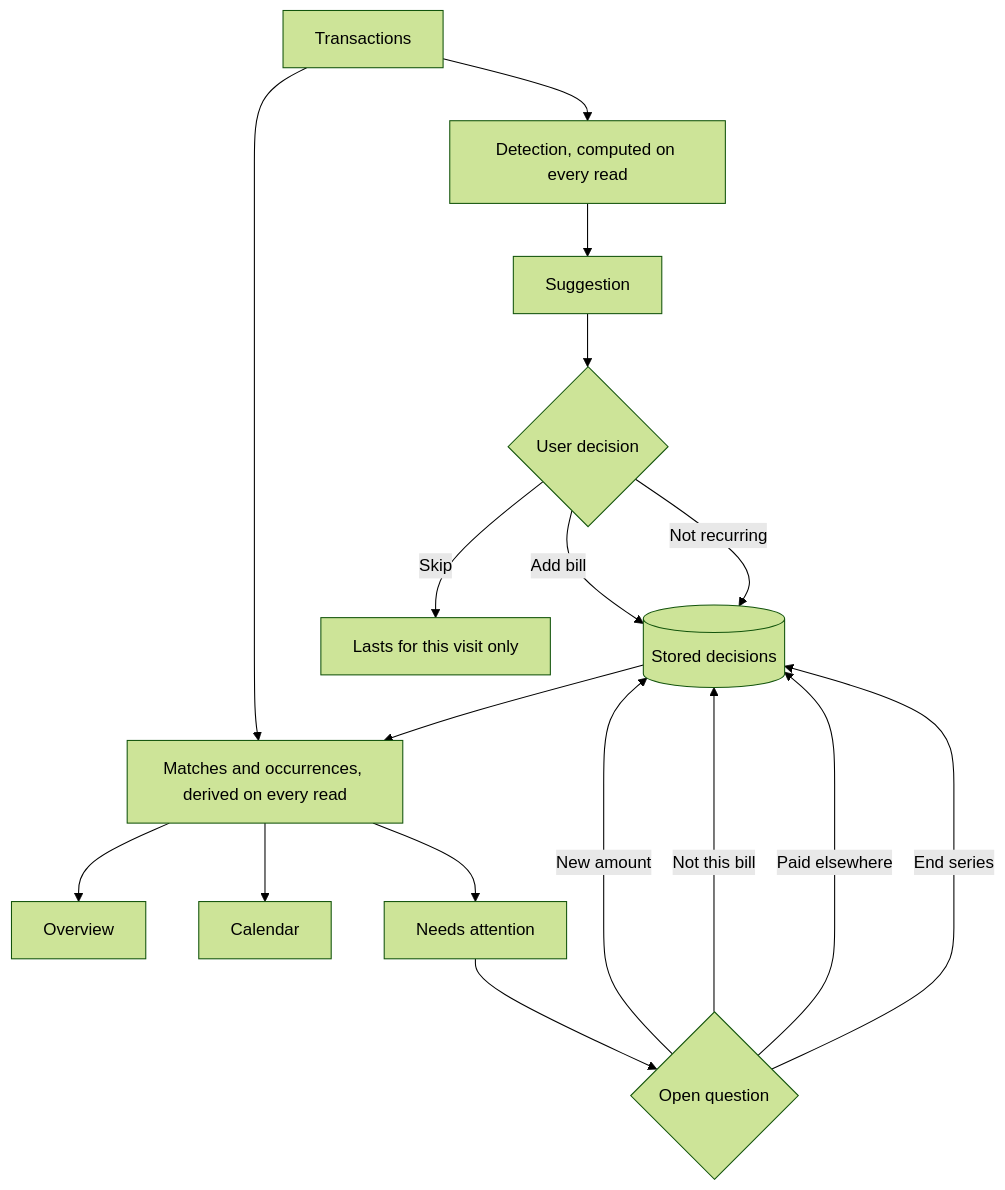
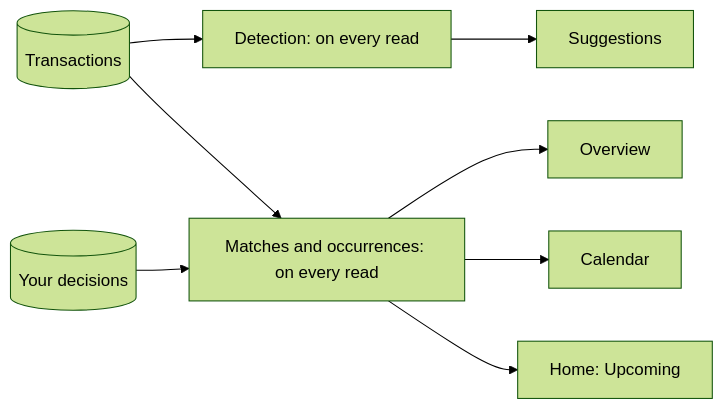
Before and after one commit to spinningyoyo/omsync: the first of 3 diagrams in docs/architecture/recurring.md, drawn with Mermaid (forest theme). The commit also changed other lines of this file and 140 other files, not shown here.

````diff
--- a/docs/architecture/recurring.md
+++ b/docs/architecture/recurring.md
@@ -151,19 +9,10 @@
 ```mermaid
-flowchart TD
-    Ledger[Transactions] --> Detect[Detection, computed on every read]
-    Detect --> Suggest[Suggestion]
-    Suggest --> Decide{User decision}
-    Decide -->|Add bill| Stored[(Stored decisions)]
-    Decide -->|Not recurring| Stored
-    Decide -->|Skip| Visit[Lasts for this visit only]
-    Ledger --> Derive[Matches and occurrences, derived on every read]
-    Stored --> Derive
-    Derive --> Overview[Overview]
-    Derive --> Calendar[Calendar]
-    Derive --> Attention[Needs attention]
-    Attention --> Question{Open question}
-    Question -->|New amount| Stored
-    Question -->|Not this bill| Stored
-    Question -->|Paid elsewhere| Stored
-    Question -->|End series| Stored
+flowchart LR
+    Ledger[(Transactions)] --> Detect[Detection: on every read]
+    Detect --> Suggest[Suggestions]
+    Decisions[(Your decisions)] --> Derive[Matches and occurrences: on every read]
+    Ledger --> Derive
+    Derive --> Overview
+    Derive --> Calendar
+    Derive --> Home[Home: Upcoming]
 ```
````
